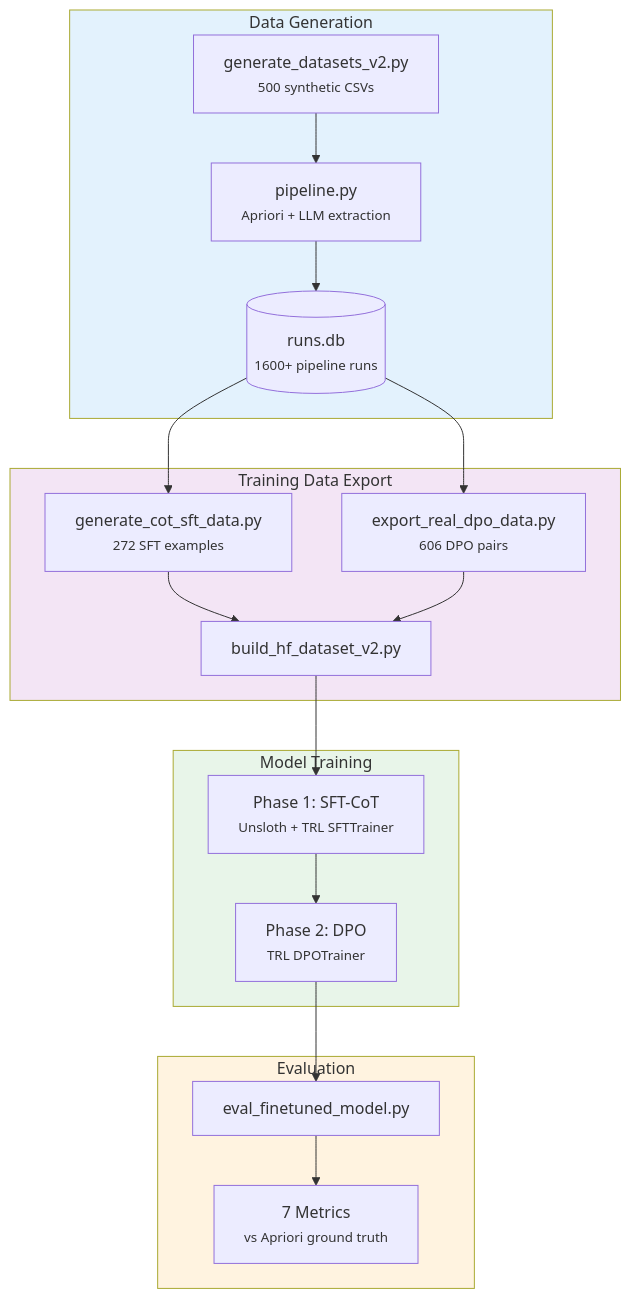
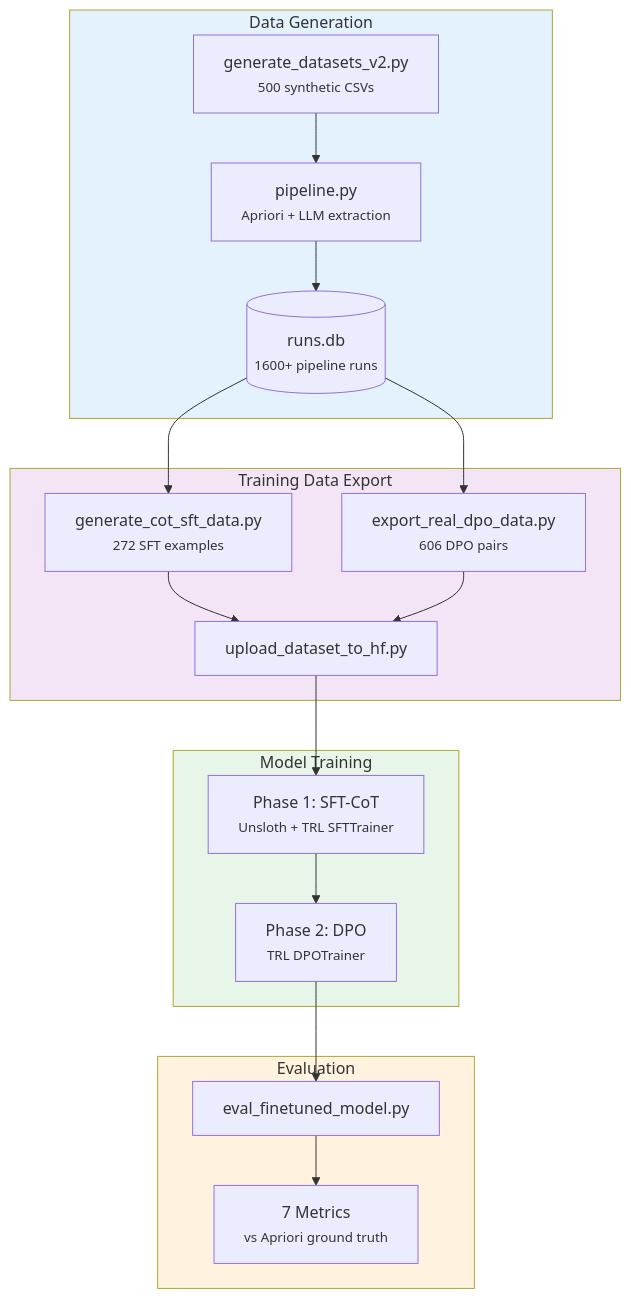
The diagram in docs/methodology/overview.md (oliversl1vka/itemsety-qwen-finetuning), drawn with Mermaid before and after one commit. The commit also changed 122 other files, not shown here.

````diff
--- a/docs/methodology/overview.md
+++ b/docs/methodology/overview.md
@@ -11,29 +11,29 @@
 ```mermaid
 flowchart TD
     subgraph data["Data Generation"]
         A["generate_datasets_v2.py<br/><small>500 synthetic CSVs</small>"] --> B["pipeline.py<br/><small>Apriori + LLM extraction</small>"]
         B --> C[("runs.db<br/><small>1600+ pipeline runs</small>")]
     end
 
     subgraph training["Training Data Export"]
         C --> D["generate_cot_sft_data.py<br/><small>272 SFT examples</small>"]
         C --> E["export_real_dpo_data.py<br/><small>606 DPO pairs</small>"]
-        D --> F["build_hf_dataset_v2.py"]
+        D --> F["upload_dataset_to_hf.py"]
         E --> F
     end
 
     subgraph train["Model Training"]
         F --> G["Phase 1: SFT-CoT<br/><small>Unsloth + TRL SFTTrainer</small>"]
         G --> H["Phase 2: DPO<br/><small>TRL DPOTrainer</small>"]
     end
 
     subgraph eval["Evaluation"]
         H --> I["eval_finetuned_model.py"]
         I --> J["7 Metrics<br/><small>vs Apriori ground truth</small>"]
     end
 
     style data fill:#e3f2fd
     style training fill:#f3e5f5
     style train fill:#e8f5e9
     style eval fill:#fff3e0
 ```
````
